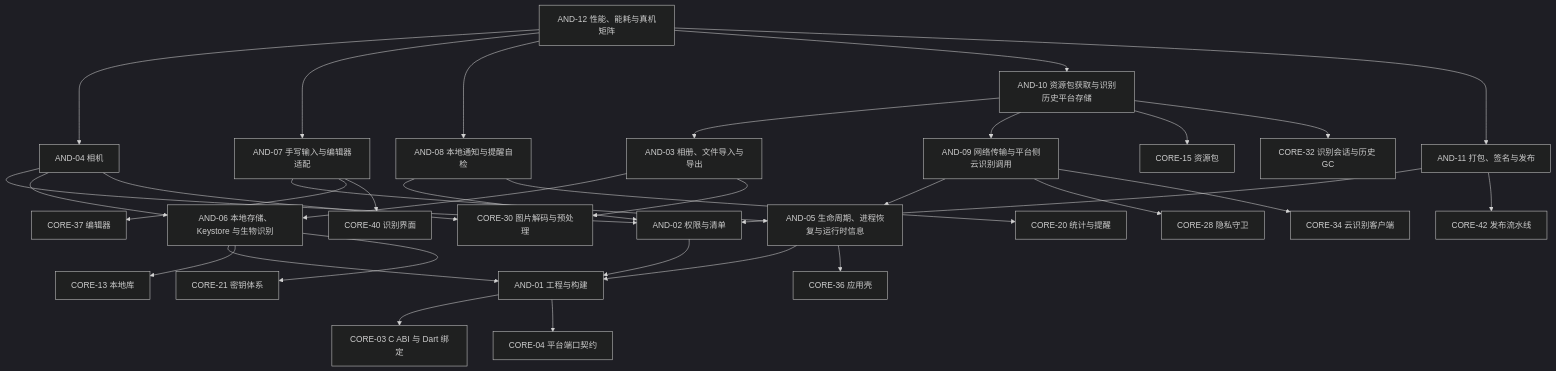
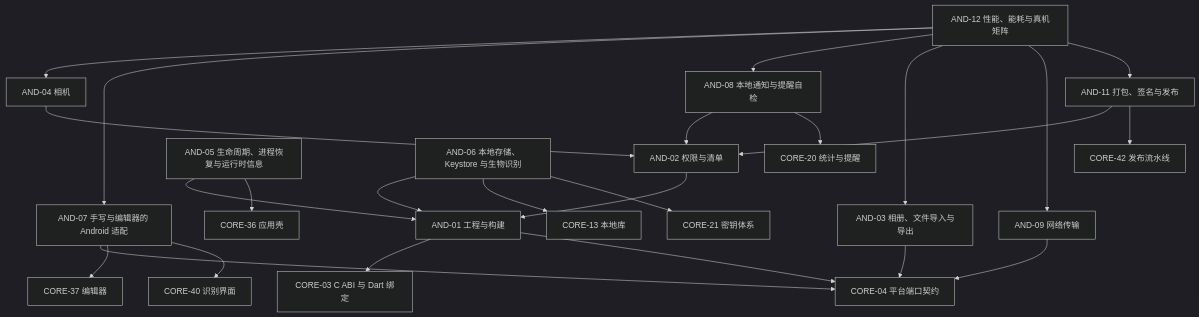
One commit to VividVeneto/BubeiGongshi changed the diagram in SADD/02-Android端-v5.md. Above: the diagram before and after it, drawn with Mermaid (dark theme). The commit also changed other lines of this file and 5 other files, not shown here.

````diff
--- a/SADD/02-Android端-v5.md
+++ b/SADD/02-Android端-v5.md
@@ -21,61 +21,47 @@
 ```mermaid
 graph TD
   A01["AND-01 工程与构建"]
   A02["AND-02 权限与清单"]
   A03["AND-03 相册、文件导入与导出"]
   A04["AND-04 相机"]
   A05["AND-05 生命周期、进程恢复与运行时信息"]
   A06["AND-06 本地存储、Keystore 与生物识别"]
-  A07["AND-07 手写输入与编辑器适配"]
+  A07["AND-07 手写与编辑器的 Android 适配"]
   A08["AND-08 本地通知与提醒自检"]
-  A09["AND-09 网络传输与平台侧云识别调用"]
-  A10["AND-10 资源包获取与识别历史平台存储"]
+  A09["AND-09 网络传输"]
   A11["AND-11 打包、签名与发布"]
   A12["AND-12 性能、能耗与真机矩阵"]
   C03["CORE-03 C ABI 与 Dart 绑定"]
   C04["CORE-04 平台端口契约"]
   C13["CORE-13 本地库"]
-  C15["CORE-15 资源包"]
   C20["CORE-20 统计与提醒"]
   C21["CORE-21 密钥体系"]
-  C28["CORE-28 隐私守卫"]
-  C30["CORE-30 图片解码与预处理"]
-  C32["CORE-32 识别会话与历史 GC"]
-  C34["CORE-34 云识别客户端"]
   C36["CORE-36 应用壳"]
   C37["CORE-37 编辑器"]
   C40["CORE-40 识别界面"]
   C42["CORE-42 发布流水线"]
   A01 --> C03
   A01 --> C04
   A02 --> A01
   A05 --> A01
   A05 --> C36
   A06 --> A01
   A06 --> C13
   A06 --> C21
-  A03 --> A06
-  A03 --> C30
+  A03 --> C04
   A04 --> A02
-  A04 --> A06
-  A04 --> C30
-  A07 --> A05
+  A07 --> C04
   A07 --> C37
   A07 --> C40
   A08 --> A02
   A08 --> C20
-  A09 --> A05
-  A09 --> C28
-  A09 --> C34
-  A10 --> A03
-  A10 --> A09
-  A10 --> C15
-  A10 --> C32
+  A09 --> C04
   A11 --> A02
   A11 --> C42
   A12 --> A04
   A12 --> A07
   A12 --> A08
-  A12 --> A10
+  A12 --> A03
+  A12 --> A09
   A12 --> A11
 ```
````
